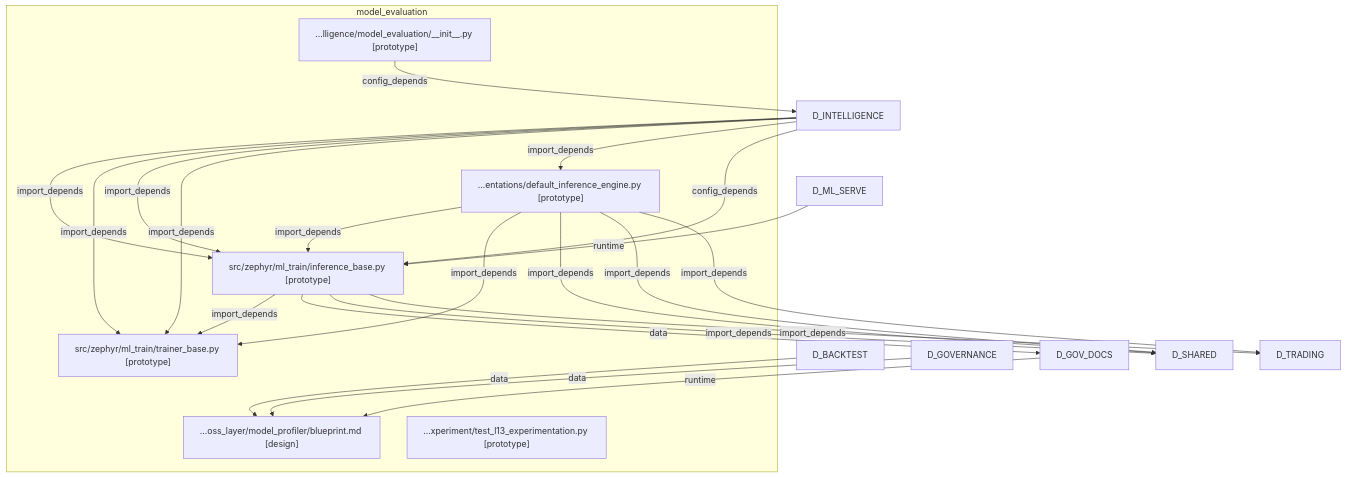
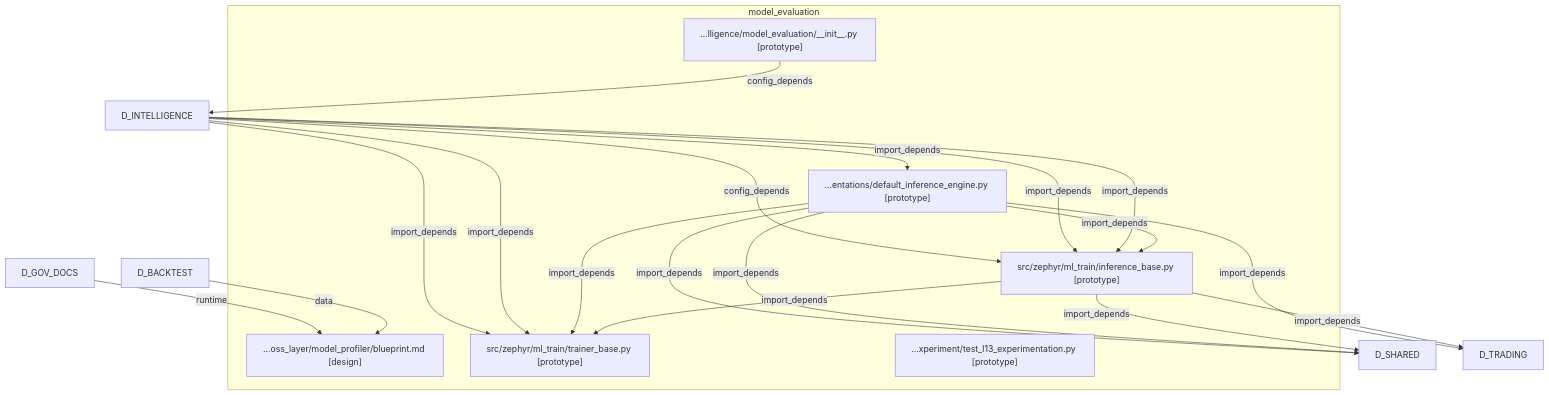
One commit to xuanFelixVan/ZephyrAlpha changed the diagram in docs/02_enterprise_architecture/generated/domains/d_ml_train_dependency.mmd. Above: the diagram before and after it, drawn with Mermaid. The commit also changed 126 other files, not shown here.

```diff
--- a/docs/02_enterprise_architecture/generated/domains/d_ml_train_dependency.mmd
+++ b/docs/02_enterprise_architecture/generated/domains/d_ml_train_dependency.mmd
@@ -1,56 +1,50 @@
 %% D_ML_TRAIN 域全景依赖图
-%% 生成时间: 2026-07-17 15:55:56
+%% 生成时间: 2026-07-17 16:15:25
 %% 数据源: depgraph (PostgreSQL) nodes表 + edges表
-%% 模块数: 6, 依赖边数: 20
+%% 模块数: 6, 依赖边数: 17
 
 graph TD
 
     %% 域内模块（最多显示 100 个）
     subgraph D_ML_TRAIN[model_evaluation]
         docs_03_modules__cross_layer_model_profiler_blueprint_md["...oss_layer/model_profiler/blueprint.md [design]"]
         src_zephyr_intelligence_model_evaluation___init___py["...lligence/model_evaluation/__init__.py [prototype]"]
         src_zephyr_ml_train_implementa___default_inference_engine_py["...entations/default_inference_engine.py [prototype]"]
         src_zephyr_ml_train_inference_base_py["src/zephyr/ml_train/inference_base.py [prototype]"]
         src_zephyr_ml_train_trainer_base_py["src/zephyr/ml_train/trainer_base.py [prototype]"]
         tests_ml_experiment_test_l13_experimentation_py["...xperiment/test_l13_experimentation.py [prototype]"]
     end
 
     %% 域内依赖（最多显示 80 条）
     src_zephyr_ml_train_inference_base_py -->|import_depends| src_zephyr_ml_train_trainer_base_py
     src_zephyr_ml_train_implementa___default_inference_engine_py -->|import_depends| src_zephyr_ml_train_inference_base_py
     src_zephyr_ml_train_implementa___default_inference_engine_py -->|import_depends| src_zephyr_ml_train_trainer_base_py
 
     %% 跨域依赖（入）- 最多显示 30 条
     %% D_BACKTEST -> D_ML_TRAIN (1 条)
     D_BACKTEST[D_BACKTEST] -->|data| docs_03_modules__cross_layer_model_profiler_blueprint_md
-    %% D_GOVERNANCE -> D_ML_TRAIN (1 条)
-    D_GOVERNANCE[D_GOVERNANCE] -->|data| docs_03_modules__cross_layer_model_profiler_blueprint_md
     %% D_GOV_DOCS -> D_ML_TRAIN (1 条)
     D_GOV_DOCS[D_GOV_DOCS] -->|runtime| docs_03_modules__cross_layer_model_profiler_blueprint_md
     %% D_INTELLIGENCE -> D_ML_TRAIN (6 条)
     D_INTELLIGENCE[D_INTELLIGENCE] -->|import_depends| src_zephyr_ml_train_inference_base_py
     D_INTELLIGENCE[D_INTELLIGENCE] -->|import_depends| src_zephyr_ml_train_trainer_base_py
     D_INTELLIGENCE[D_INTELLIGENCE] -->|import_depends| src_zephyr_ml_train_inference_base_py
     D_INTELLIGENCE[D_INTELLIGENCE] -->|import_depends| src_zephyr_ml_train_trainer_base_py
     D_INTELLIGENCE[D_INTELLIGENCE] -->|import_depends| src_zephyr_ml_train_implementa___default_inference_engine_py
     D_INTELLIGENCE[D_INTELLIGENCE] -->|config_depends| src_zephyr_ml_train_inference_base_py
-    %% D_ML_SERVE -> D_ML_TRAIN (1 条)
-    D_ML_SERVE[D_ML_SERVE] -->|runtime| src_zephyr_ml_train_inference_base_py
 
     %% 跨域依赖（出）- 最多显示 30 条
-    %% D_ML_TRAIN -> D_GOV_DOCS (1 条)
-    src_zephyr_ml_train_inference_base_py -->|data| D_GOV_DOCS[D_GOV_DOCS]
     %% D_ML_TRAIN -> D_INTELLIGENCE (1 条)
     src_zephyr_intelligence_model_evaluation___init___py -->|config_depends| D_INTELLIGENCE[D_INTELLIGENCE]
     %% D_ML_TRAIN -> D_SHARED (3 条)
     src_zephyr_ml_train_inference_base_py -->|import_depends| D_SHARED[D_SHARED]
     src_zephyr_ml_train_implementa___default_inference_engine_py -->|import_depends| D_SHARED[D_SHARED]
     src_zephyr_ml_train_implementa___default_inference_engine_py -->|import_depends| D_SHARED[D_SHARED]
     %% D_ML_TRAIN -> D_TRADING (2 条)
     src_zephyr_ml_train_inference_base_py -->|import_depends| D_TRADING[D_TRADING]
     src_zephyr_ml_train_implementa___default_inference_engine_py -->|import_depends| D_TRADING[D_TRADING]
 
     %% 统计
     %% 域内依赖: 3 条
-    %% 跨域入边: 10 条
-    %% 跨域出边: 7 条
+    %% 跨域入边: 8 条
+    %% 跨域出边: 6 条
```
